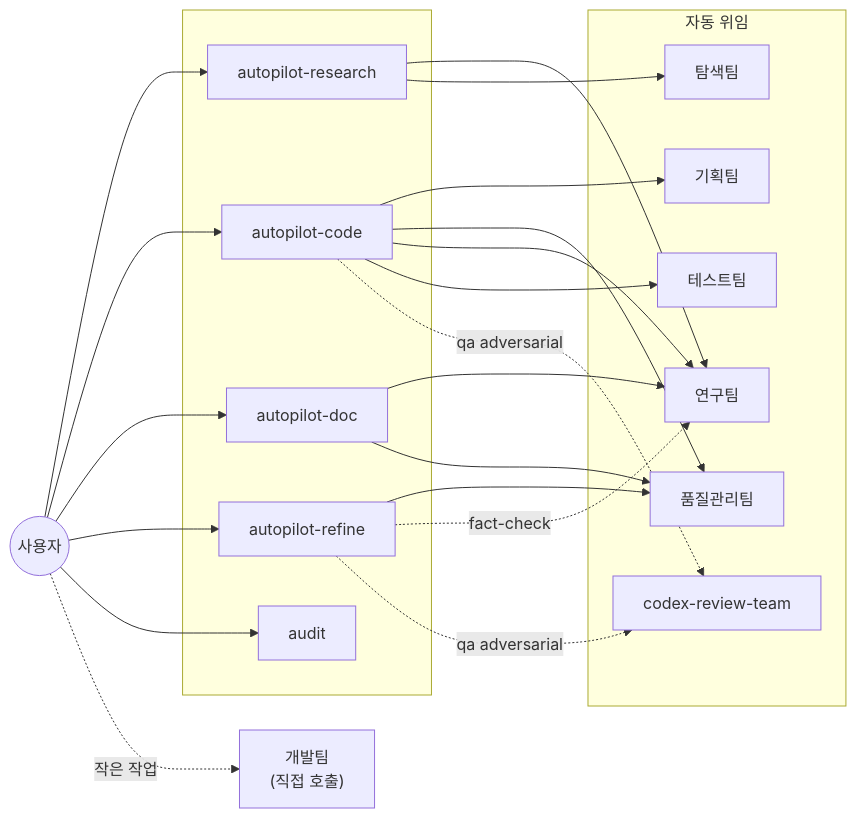
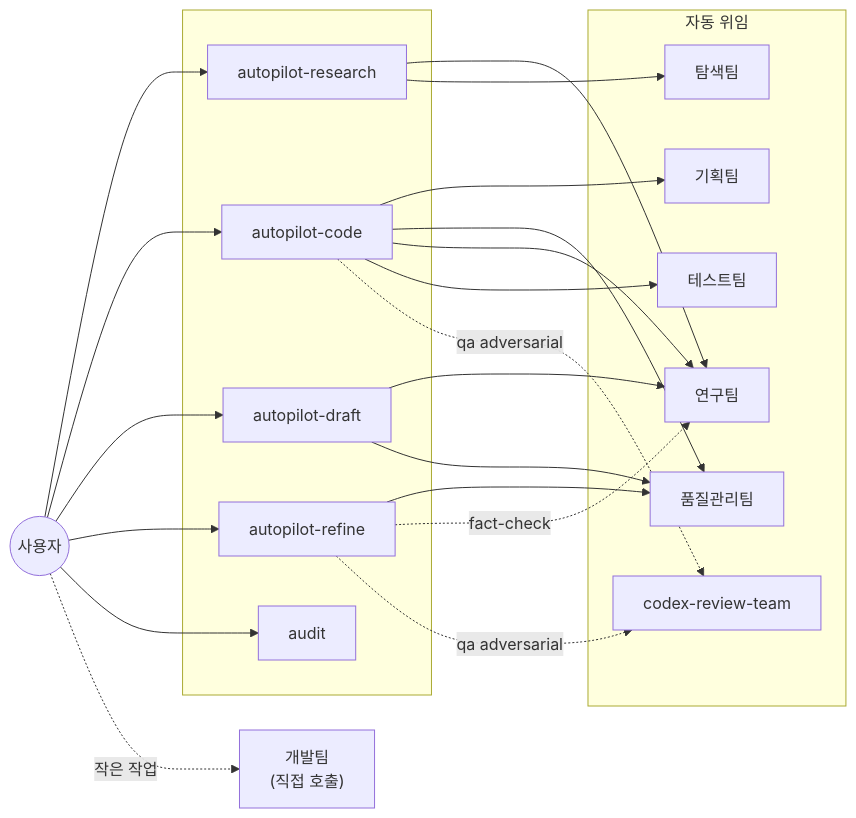
One commit to dmlguq456/agent_setting changed the third of 3 diagrams in README.md. Above: the diagram before and after it, drawn with Mermaid. The commit also changed other lines of this file and 32 other files, not shown here.

````diff
--- a/README.md
+++ b/README.md
@@ -221,38 +220,38 @@
 ```mermaid
 flowchart LR
     USER(("사용자"))
     subgraph SKILLS[" "]
         ARES["autopilot-research"]
         ACODE["autopilot-code"]
-        ADOC["autopilot-doc"]
+        ADOC["autopilot-draft"]
         AREF["autopilot-refine"]
         AUD["audit"]
     end
     subgraph AUTO["자동 위임"]
         PT["기획팀"]
         QT["품질관리팀"]
         RT["연구팀"]
         TT["테스트팀"]
         BT["탐색팀"]
         CRT["codex-review-team"]
     end
     DT["개발팀<br/>(직접 호출)"]
     USER --> ARES
     USER --> ACODE
     USER --> ADOC
     USER --> AREF
     USER --> AUD
     USER -. 작은 작업 .-> DT
     ARES --> RT
     ARES --> BT
     ACODE --> PT
     ACODE --> QT
     ACODE --> RT
     ACODE --> TT
     ACODE -. qa adversarial .-> CRT
     ADOC --> RT
     ADOC --> QT
     AREF --> QT
     AREF -. fact-check .-> RT
     AREF -. qa adversarial .-> CRT
 ```
````
